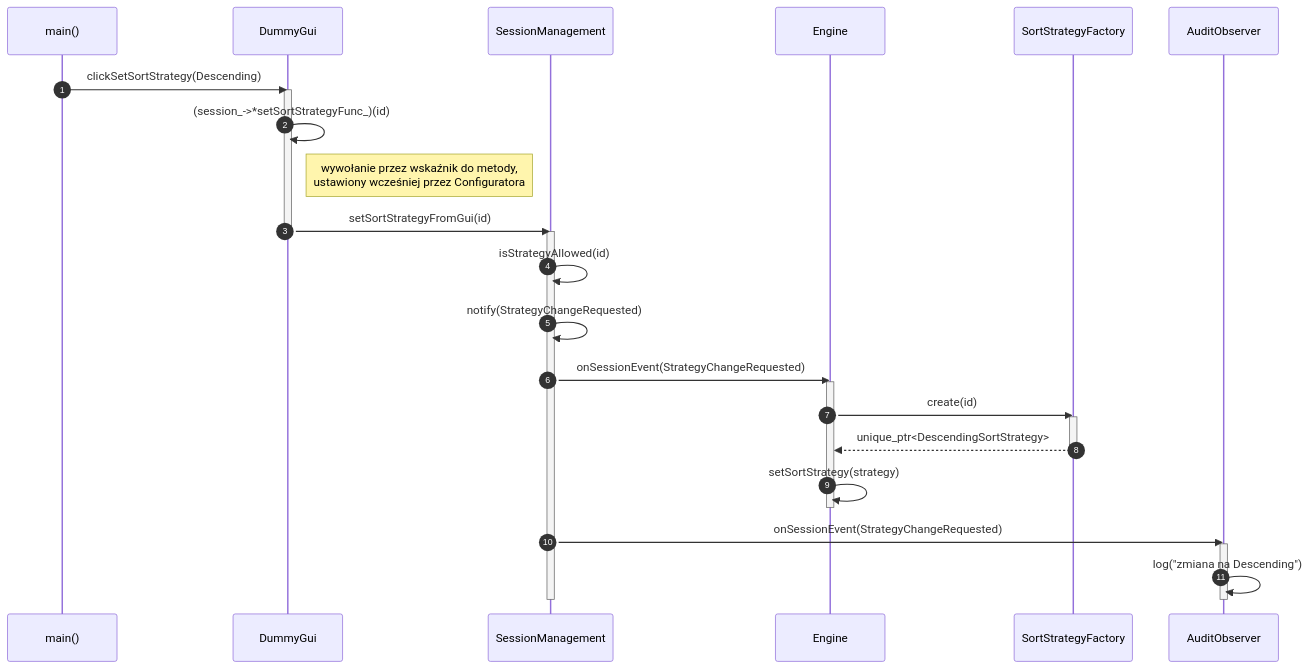
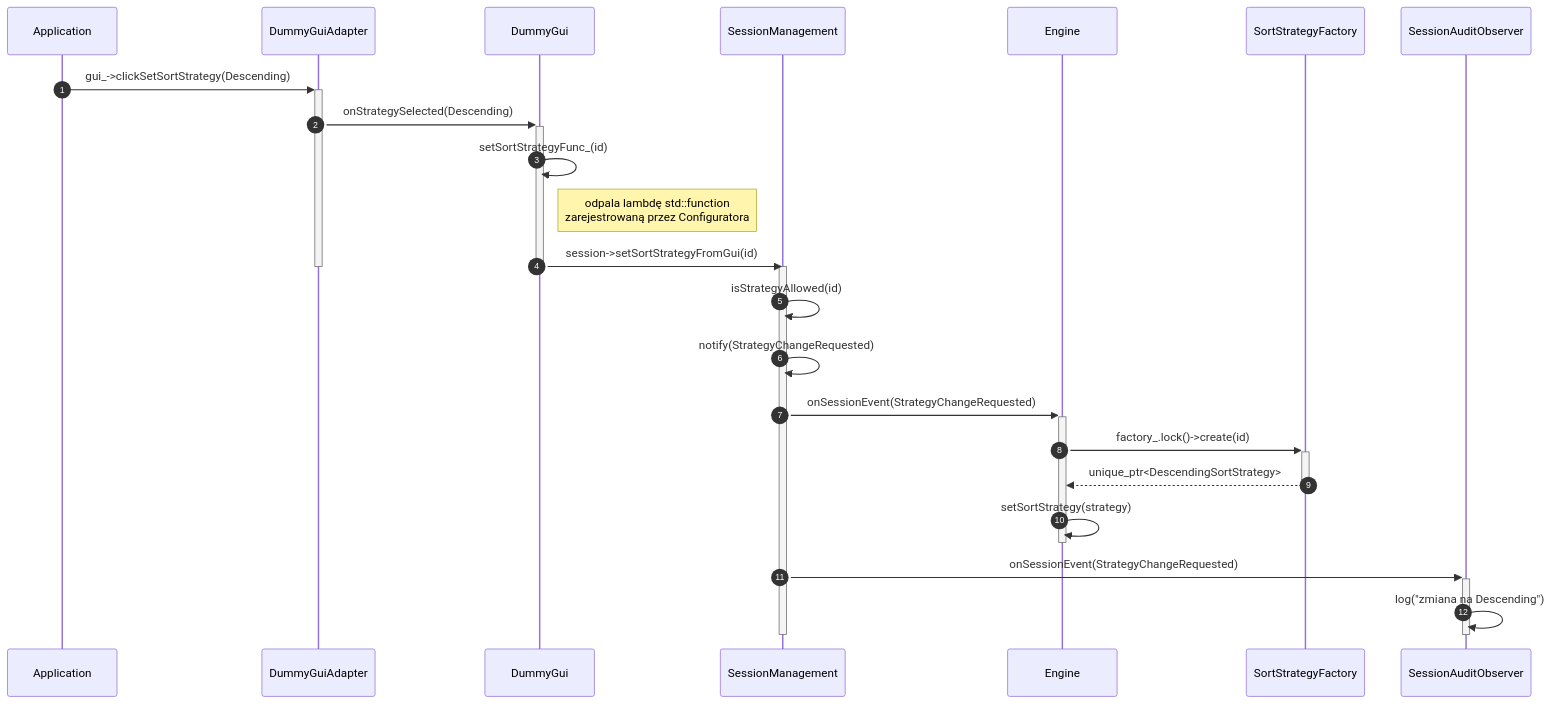
One commit to RyszardHalapacz/cpp-design-patterns-examples changed the fifth of 6 diagrams in docs/pl/_diagram/diagram_sekwencji.md. Above: the diagram before and after it, drawn with Mermaid. The commit also changed other lines of this file and 3 other files, not shown here.

First line of the commit message:
docs: rewrite class and sequence diagrams to reflect current architecture

````diff
--- a/docs/pl/_diagram/diagram_sekwencji.md
+++ b/docs/pl/_diagram/diagram_sekwencji.md
@@ -148,33 +162,31 @@
 ```mermaid
 sequenceDiagram
     autonumber
-    participant Main as main()
+    participant App as Application
+    participant Adapter as DummyGuiAdapter
     participant Gui as DummyGui
     participant Session as SessionManagement
     participant Eng as Engine
     participant Fac as SortStrategyFactory
-    participant Audit as AuditObserver
+    participant Audit as SessionAuditObserver
 
-    Main->>Gui: clickSetSortStrategy(Descending)
-    activate Gui
-    Gui->>Gui: (session_->*setSortStrategyFunc_)(id)
-    Note right of Gui: wywołanie przez wskaźnik do metody,<br/>ustawiony wcześniej przez Configuratora
-    Gui->>Session: setSortStrategyFromGui(id)
+    App->>+Adapter: gui_->clickSetSortStrategy(Descending)
+    Adapter->>+Gui: onStrategySelected(Descending)
+    Gui->>Gui: setSortStrategyFunc_(id)
+    Note right of Gui: odpala lambdę std::function<br/>zarejestrowaną przez Configuratora
+    Gui->>Session: session->setSortStrategyFromGui(id)
     deactivate Gui
+    deactivate Adapter
     activate Session
     Session->>Session: isStrategyAllowed(id)
     Session->>Session: notify(StrategyChangeRequested)
-    Session->>Eng: onSessionEvent(StrategyChangeRequested)
-    activate Eng
-    Eng->>Fac: create(id)
-    activate Fac
-    Fac-->>Eng: unique_ptr<DescendingSortStrategy>
-    deactivate Fac
+    Session->>+Eng: onSessionEvent(StrategyChangeRequested)
+    Eng->>+Fac: factory_.lock()->create(id)
+    Fac-->>-Eng: unique_ptr<DescendingSortStrategy>
     Eng->>Eng: setSortStrategy(strategy)
     deactivate Eng
-    Session->>Audit: onSessionEvent(StrategyChangeRequested)
-    activate Audit
+    Session->>+Audit: onSessionEvent(StrategyChangeRequested)
     Audit->>Audit: log("zmiana na Descending")
     deactivate Audit
     deactivate Session
 ```
````
